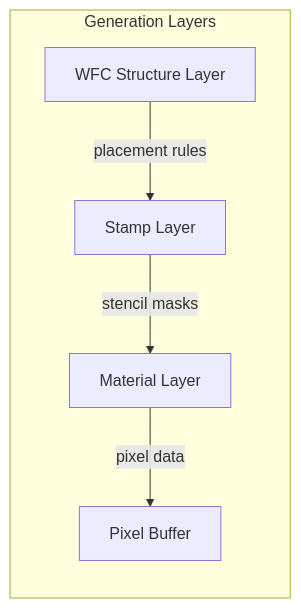
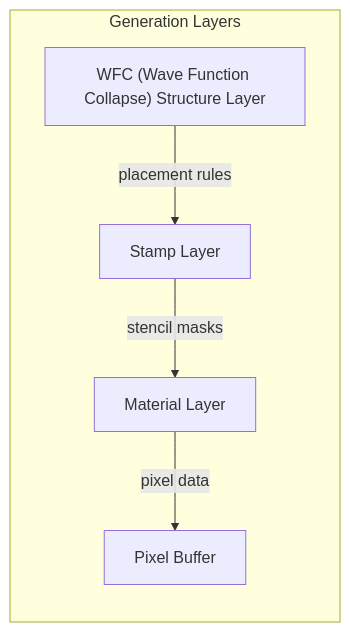
The first of 6 diagrams in docs/arhitecture/pcg-ideas.md (api-haus/bevy_pixel_world), drawn with Mermaid before and after one commit. The commit also changed other lines of this file and 22 other files, not shown here.

````diff
--- a/docs/arhitecture/pcg-ideas.md
+++ b/docs/arhitecture/pcg-ideas.md
@@ -11,14 +12,13 @@
 ```mermaid
 flowchart TB
     subgraph Layers["Generation Layers"]
         direction TB
-        WFC["WFC Structure Layer"]
+        WFC["WFC (Wave Function Collapse) Structure Layer"]
         Stamps["Stamp Layer"]
         Materials["Material Layer"]
         Pixels["Pixel Buffer"]
-
-        WFC -->|"placement rules"| Stamps
-        Stamps -->|"stencil masks"| Materials
-        Materials -->|"pixel data"| Pixels
+        WFC -->|" placement rules "| Stamps
+        Stamps -->|" stencil masks "| Materials
+        Materials -->|" pixel data "| Pixels
     end
 ```
````
